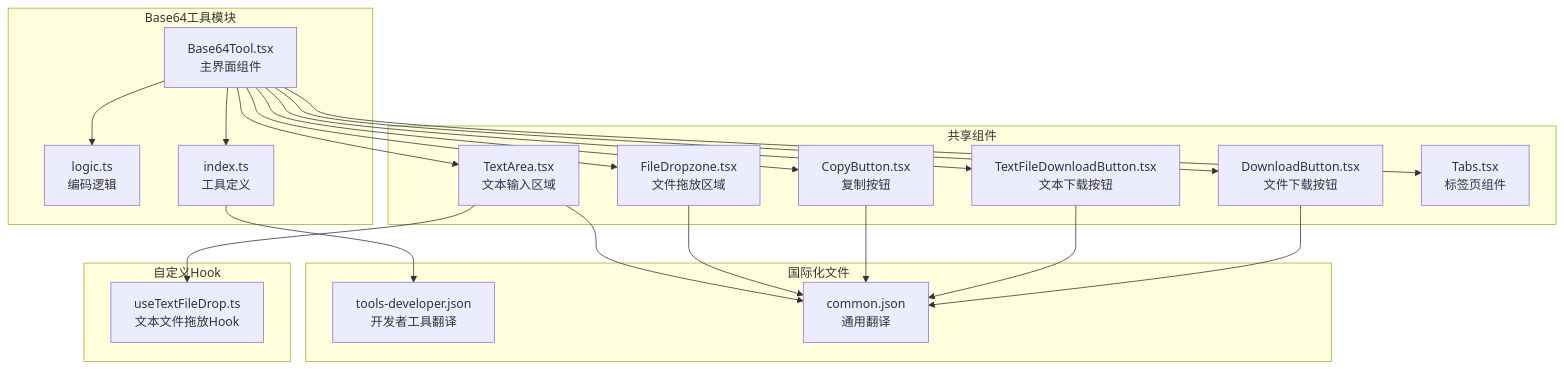
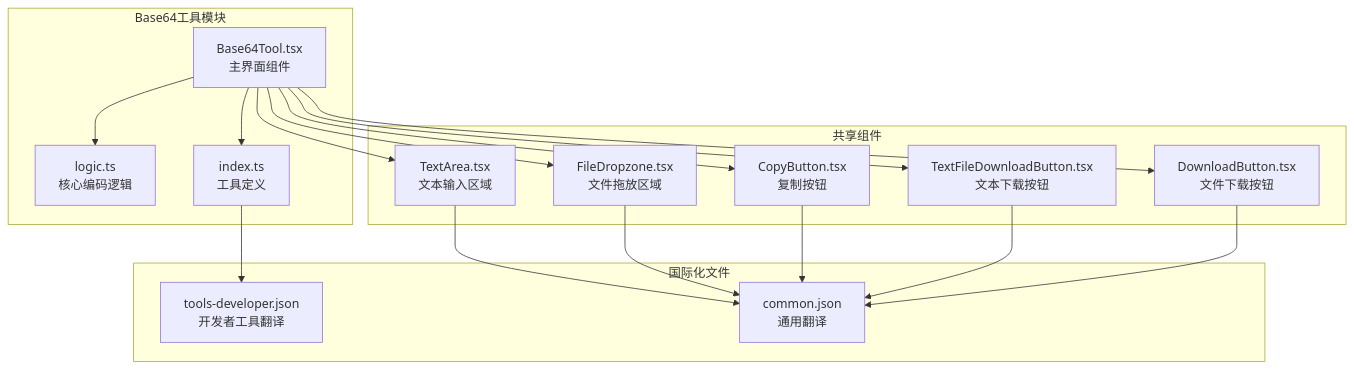
Before and after one commit to sgyy/privadeck: the first of 8 diagrams in .qoder/repowiki/zh/content/开发者工具/Base64编码工具.md, drawn with Mermaid. The commit also changed other lines of this file and 23 other files, not shown here.

````diff
--- a/.qoder/repowiki/zh/content/开发者工具/Base64编码工具.md
+++ b/.qoder/repowiki/zh/content/开发者工具/Base64编码工具.md
@@ -57,38 +56,32 @@
 ```mermaid
 graph TB
 subgraph "Base64工具模块"
 BT[Base64Tool.tsx<br/>主界面组件]
-LG[logic.ts<br/>编码逻辑]
+LG[logic.ts<br/>核心编码逻辑]
 IDX[index.ts<br/>工具定义]
 end
 subgraph "共享组件"
 TA[TextArea.tsx<br/>文本输入区域]
 FD[FileDropzone.tsx<br/>文件拖放区域]
 CB[CopyButton.tsx<br/>复制按钮]
 DNB[TextFileDownloadButton.tsx<br/>文本下载按钮]
 DB[DownloadButton.tsx<br/>文件下载按钮]
-TB[Tabs.tsx<br/>标签页组件]
 end
 subgraph "国际化文件"
 TDEV[tools-developer.json<br/>开发者工具翻译]
 COMMON[common.json<br/>通用翻译]
-end
-subgraph "自定义Hook"
-UTD[useTextFileDrop.ts<br/>文本文件拖放Hook]
 end
 BT --> LG
 BT --> TA
 BT --> FD
 BT --> CB
 BT --> DNB
 BT --> DB
-BT --> TB
 BT --> IDX
 IDX --> TDEV
 TA --> COMMON
 FD --> COMMON
 CB --> COMMON
 DNB --> COMMON
 DB --> COMMON
-TA --> UTD
 ```
````
